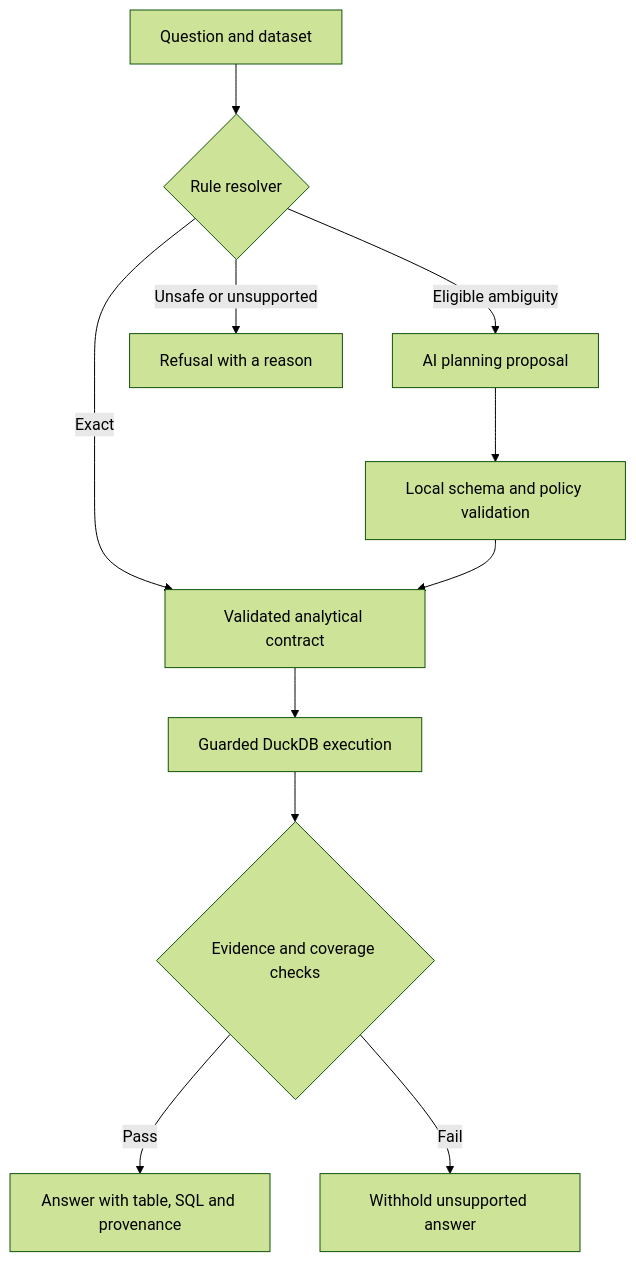
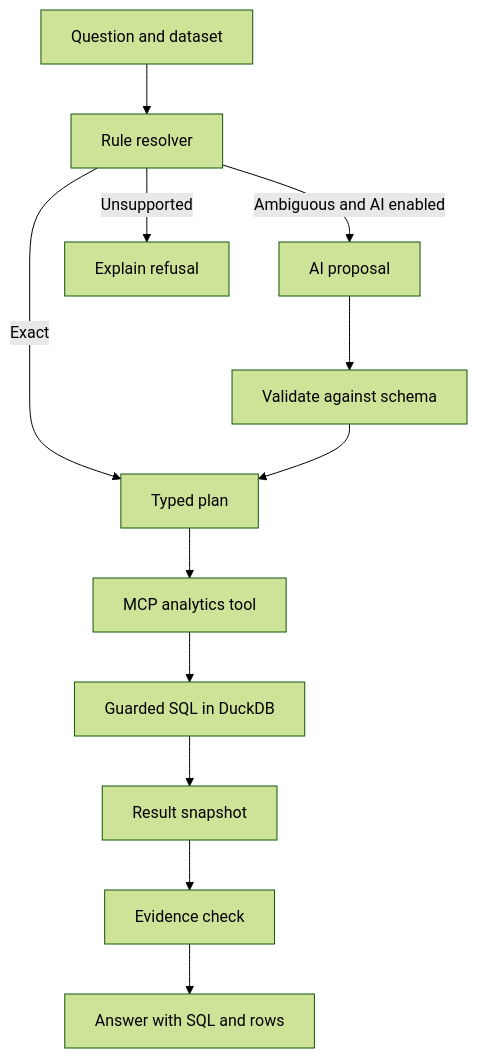
One commit to NirmalKumar31/agentic-analytics-engine changed the diagram in README.md. Above: the diagram before and after it, drawn with Mermaid (forest theme). The commit also changed other lines of this file and 493 other files, not shown here.

````diff
--- a/README.md
+++ b/README.md
@@ -38,13 +20,14 @@
 ```mermaid
 flowchart TD
-  Q[Question and dataset] --> R{Rule resolver}
-  R -->|Exact| C[Validated analytical contract]
-  R -->|Eligible ambiguity| P[AI planning proposal]
-  P --> V[Local schema and policy validation]
-  V --> C
-  R -->|Unsafe or unsupported| X[Refusal with a reason]
-  C --> D[Guarded DuckDB execution]
-  D --> G{Evidence and coverage checks}
-  G -->|Pass| A[Answer with table, SQL and provenance]
-  G -->|Fail| W[Withhold unsupported answer]
+  Q[Question and dataset] --> R[Rule resolver]
+  R -->|Exact| P[Typed plan]
+  R -->|Ambiguous and AI enabled| A[AI proposal]
+  A --> V[Validate against schema]
+  V --> P
+  R -->|Unsupported| X[Explain refusal]
+  P --> M[MCP analytics tool]
+  M --> S[Guarded SQL in DuckDB]
+  S --> E[Result snapshot]
+  E --> C[Evidence check]
+  C --> O[Answer with SQL and rows]
 ```
````
